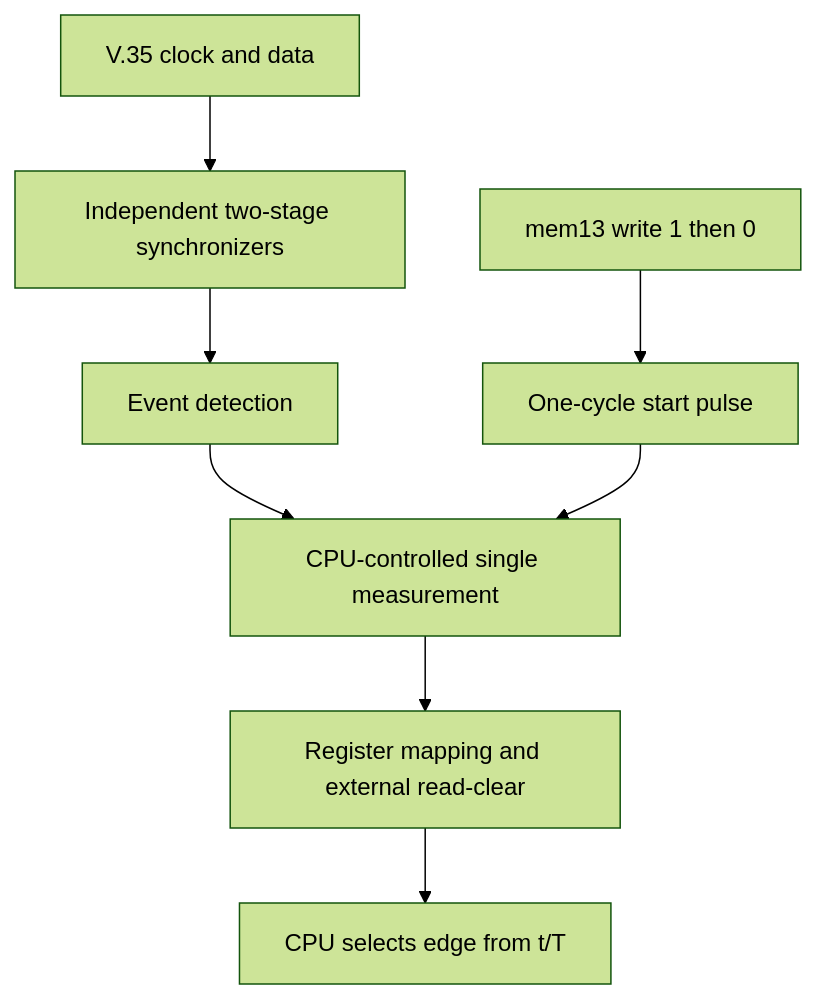
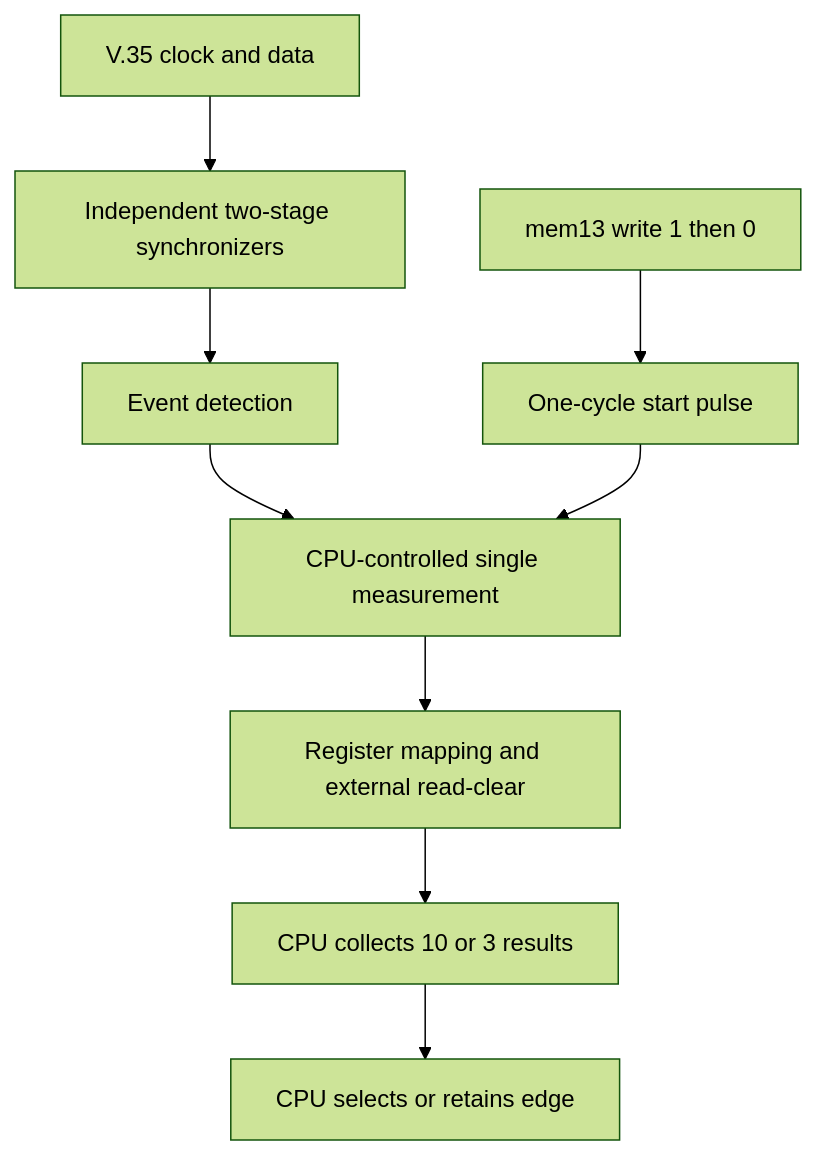
The diagram in docs/architecture_EN.md (jwen2003/adaptive-sampling-monitor), drawn with Mermaid (forest theme) before and after one commit. The commit also changed other lines of this file and 34 other files, not shown here.

````diff
--- a/docs/architecture_EN.md
+++ b/docs/architecture_EN.md
@@ -53,10 +54,11 @@
 ```mermaid
 flowchart TD
     A["V.35 clock and data"] --> B["Independent two-stage synchronizers"]
     B --> C["Event detection"]
     C --> D["CPU-controlled single measurement"]
     G["mem13 write 1 then 0"] --> H["One-cycle start pulse"]
     H --> D
     D --> E["Register mapping and external read-clear"]
-    E --> F["CPU selects edge from t/T"]
+    E --> F["CPU collects 10 or 3 results"]
+    F --> I["CPU selects or retains edge"]
 ```
````
